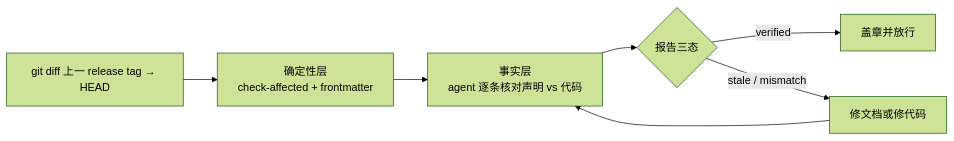
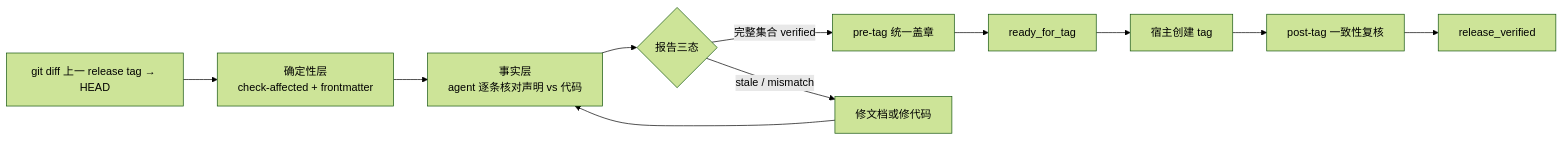
One commit to Neplich/dev-agent-skills changed the second of 2 diagrams in docs/pm/agents/docs-agent/PRD.md. Above: the diagram before and after it, drawn with Mermaid (forest theme). The commit also changed other lines of this file and 108 other files, not shown here.

````diff
--- a/docs/pm/agents/docs-agent/PRD.md
+++ b/docs/pm/agents/docs-agent/PRD.md
@@ -187,8 +194,12 @@
 ```mermaid
 flowchart LR
     D["git diff 上一 release tag → HEAD"] --> DET["确定性层<br/>check-affected + frontmatter"]
     DET --> FACT["事实层<br/>agent 逐条核对声明 vs 代码"]
     FACT --> R{"报告三态"}
-    R -->|verified| OK["盖章并放行"]
+    R -->|完整集合 verified| STAMP["pre-tag 统一盖章"]
+    STAMP --> READY["ready_for_tag"]
+    READY --> TAG["宿主创建 tag"]
+    TAG --> POST["post-tag 一致性复核"]
+    POST --> VERIFIED["release_verified"]
     R -->|stale / mismatch| FIX["修文档或修代码"] --> FACT
 ```
````
